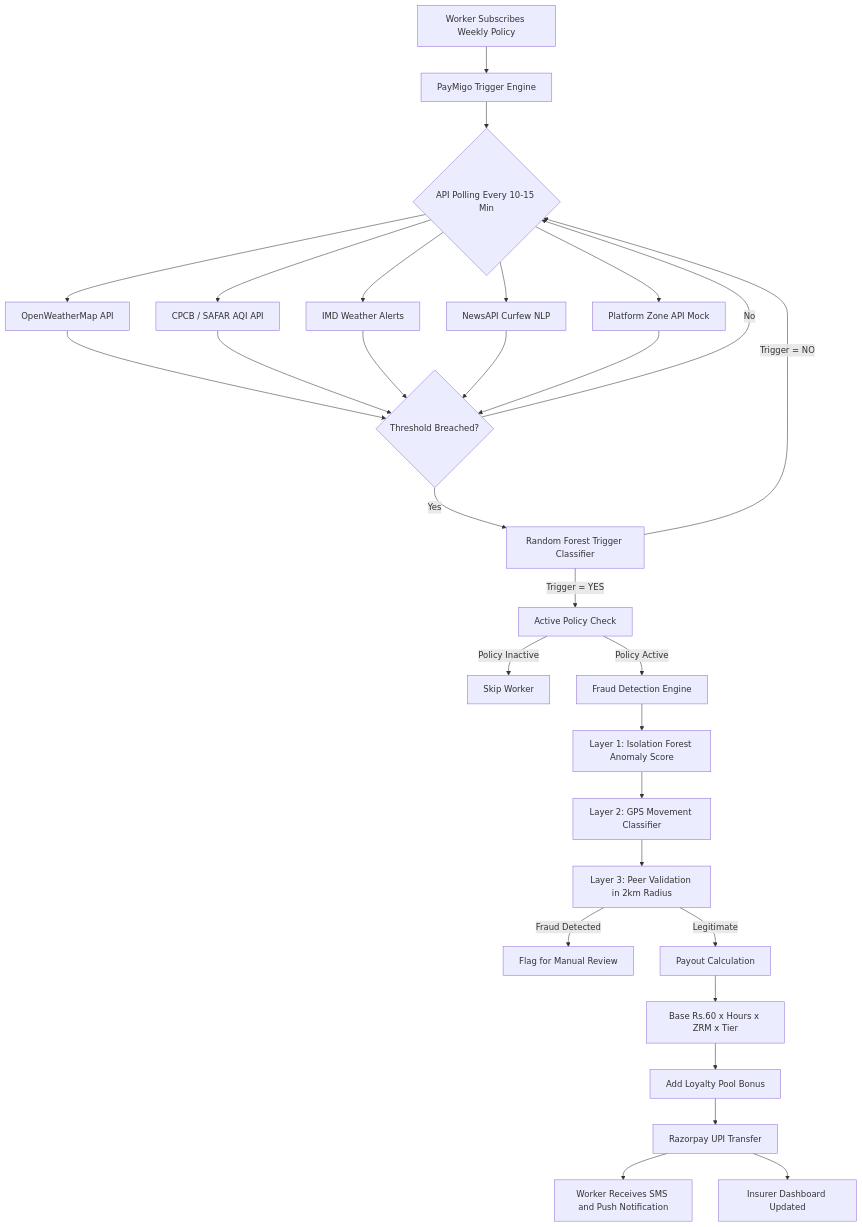
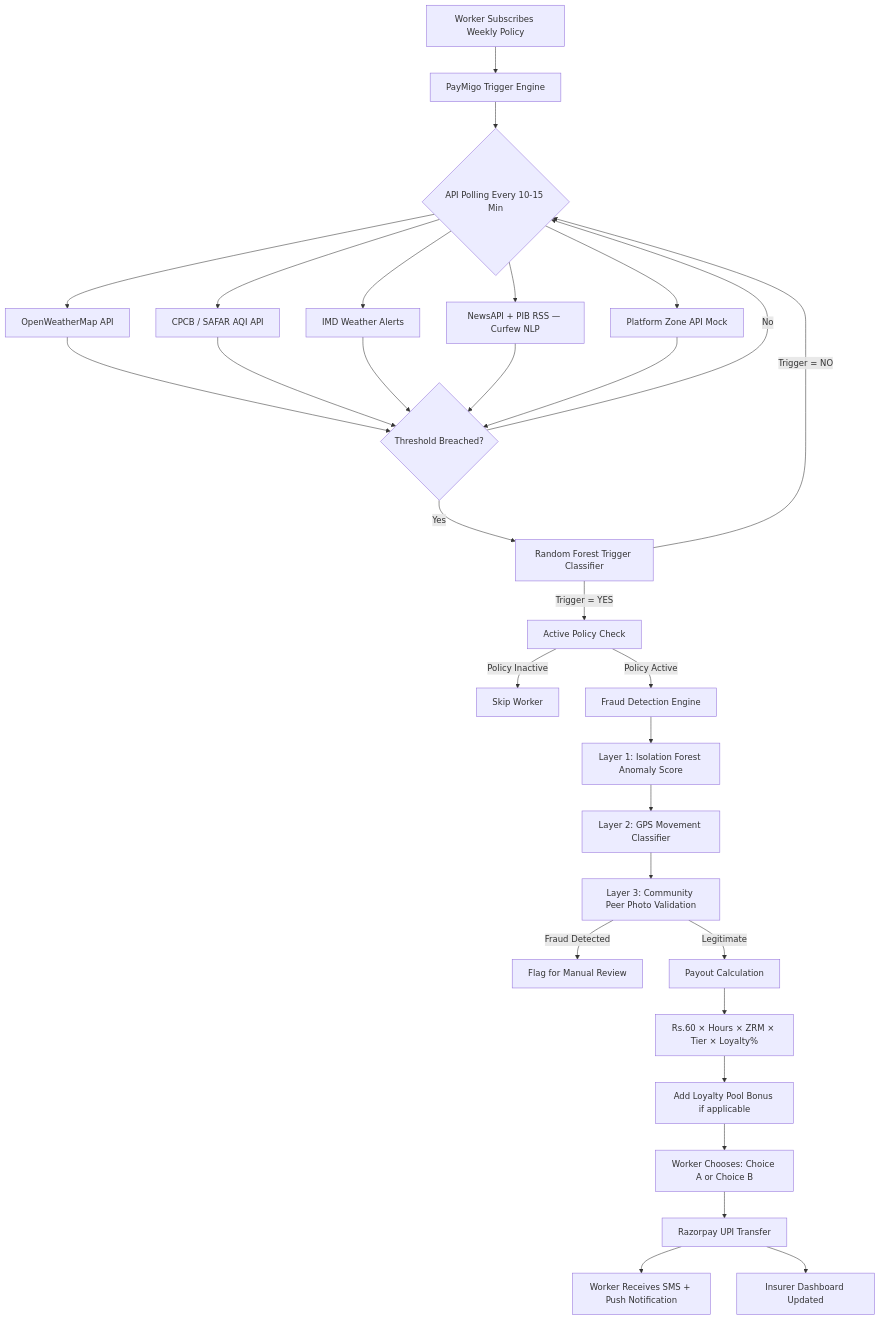
One commit to darshanar190607/Guidewire_Devtrails changed the diagram in README.md. Above: the diagram before and after it, drawn with Mermaid. The commit also changed other lines of this file, not shown here.

````diff
--- a/README.md
+++ b/README.md
@@ -122,40 +263,41 @@
 ```mermaid
 flowchart TD
     A[Worker Subscribes Weekly Policy] --> B[PayMigo Trigger Engine]
     B --> C{API Polling Every 10-15 Min}
 
     C --> D[OpenWeatherMap API]
     C --> E[CPCB / SAFAR AQI API]
     C --> F[IMD Weather Alerts]
-    C --> G[NewsAPI Curfew NLP]
+    C --> G[NewsAPI + PIB RSS — Curfew NLP]
     C --> H[Platform Zone API Mock]
 
     D --> I{Threshold Breached?}
     E --> I
     F --> I
     G --> I
     H --> I
 
     I -- No --> C
     I -- Yes --> J[Random Forest Trigger Classifier]
 
     J -- Trigger = NO --> C
     J -- Trigger = YES --> K[Active Policy Check]
 
     K -- Policy Inactive --> L[Skip Worker]
     K -- Policy Active --> M[Fraud Detection Engine]
 
     M --> N[Layer 1: Isolation Forest Anomaly Score]
     N --> O[Layer 2: GPS Movement Classifier]
-    O --> P[Layer 3: Peer Validation in 2km Radius]
+    O --> P[Layer 3: Community Peer Photo Validation]
 
     P -- Fraud Detected --> Q[Flag for Manual Review]
     P -- Legitimate --> R[Payout Calculation]
 
-    R --> S[Base Rs.60 x Hours x ZRM x Tier]
-    S --> T[Add Loyalty Pool Bonus]
-    T --> U[Razorpay UPI Transfer]
+    R --> S[Rs.60 × Hours × ZRM × Tier × Loyalty%]
+    S --> T[Add Loyalty Pool Bonus if applicable]
+    T --> U[Worker Chooses: Choice A or Choice B]
+    U --> V[Razorpay UPI Transfer]
 
-    U --> V[Worker Receives SMS and Push Notification]
-    U --> W[Insurer Dashboard Updated]
+    V --> W[Worker Receives SMS + Push Notification]
+    V --> X[Insurer Dashboard Updated]
 ```
````
